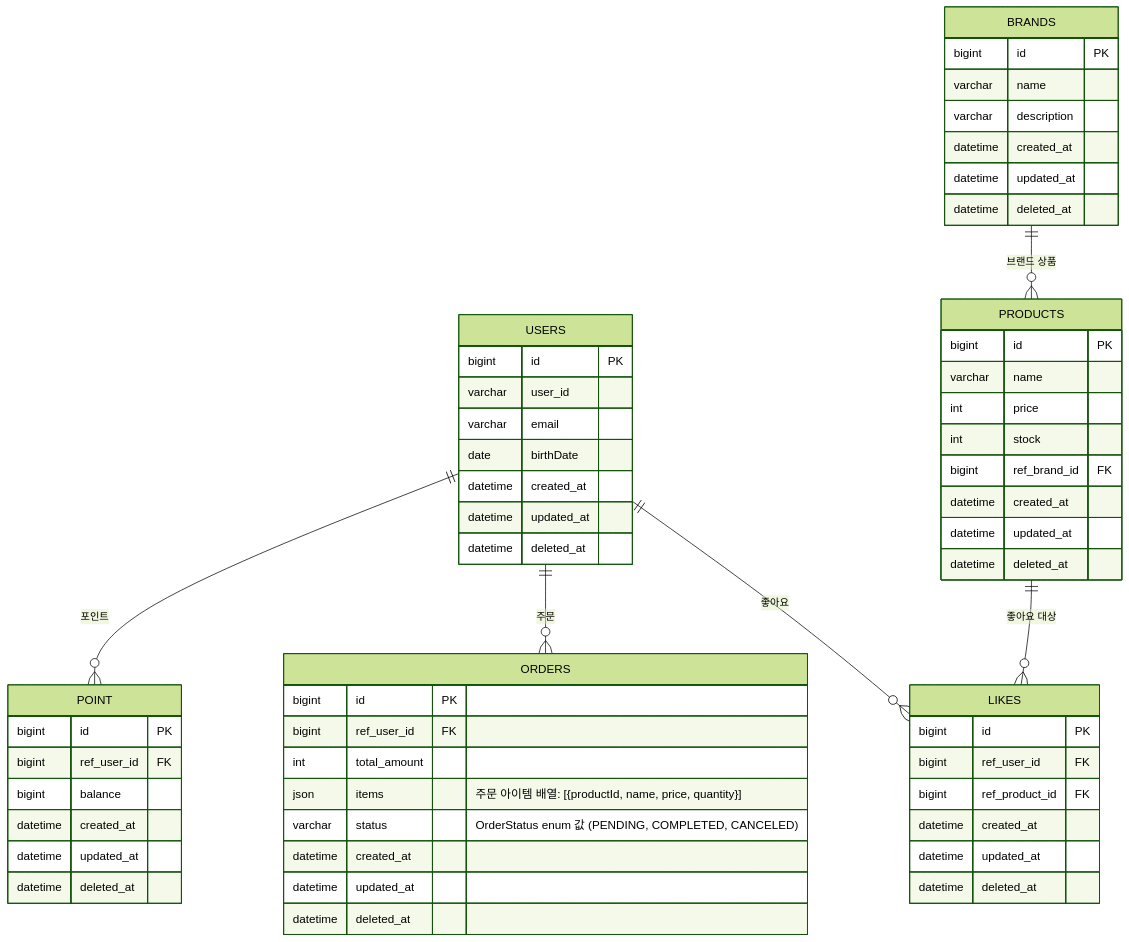
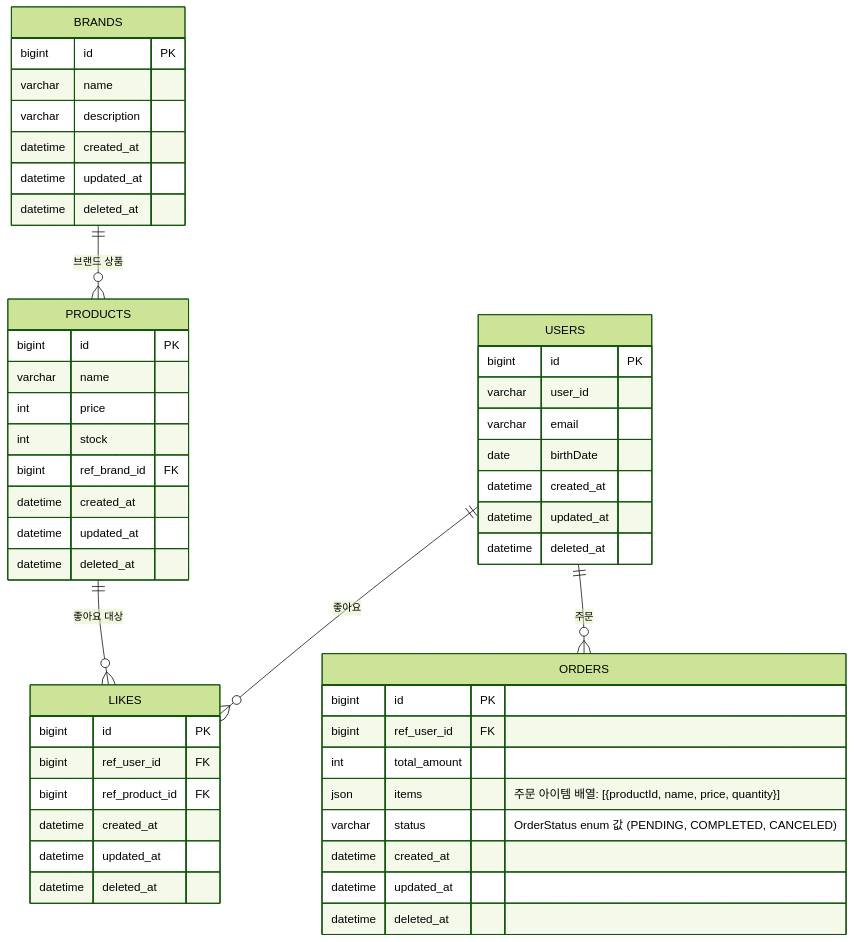
One commit to Loopers-dev-lab/loopers-spring-java-template changed the diagram in .docs/design/04-erd.md. Above: the diagram before and after it, drawn with Mermaid (forest theme). The commit also changed other lines of this file and 3 other files, not shown here.

````diff
--- a/.docs/design/04-erd.md
+++ b/.docs/design/04-erd.md
@@ -13,68 +13,58 @@
 ```mermaid
 erDiagram
     USERS {
         bigint id PK
         varchar user_id
         varchar email
         date birthDate
         datetime created_at
         datetime updated_at
         datetime deleted_at
     }
 
     BRANDS {
         bigint id PK
         varchar name
         varchar description
         datetime created_at
         datetime updated_at
         datetime deleted_at
     }
 
     PRODUCTS {
         bigint id PK
         varchar name
         int price
         int stock
         bigint ref_brand_id FK
         datetime created_at
         datetime updated_at
         datetime deleted_at
     }
 
     LIKES {
         bigint id PK
         bigint ref_user_id FK
         bigint ref_product_id FK
         datetime created_at
         datetime updated_at
         datetime deleted_at
     }
 
     ORDERS {
         bigint id PK
         bigint ref_user_id FK
         int total_amount
         json items "주문 아이템 배열: [{productId, name, price, quantity}]"
         varchar status "OrderStatus enum 값 (PENDING, COMPLETED, CANCELED)"
         datetime created_at
         datetime updated_at
         datetime deleted_at
     }
 
-    POINT {
-        bigint id PK
-        bigint ref_user_id FK
-        bigint balance
-        datetime created_at
-        datetime updated_at
-        datetime deleted_at
-    }
-
     USERS ||--o{ LIKES : "좋아요"
     USERS ||--o{ ORDERS : "주문"
-    USERS ||--o{ POINT : "포인트"
 
     BRANDS ||--o{ PRODUCTS : "브랜드 상품"
     PRODUCTS ||--o{ LIKES : "좋아요 대상"
 ```
````
